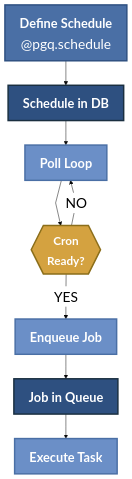
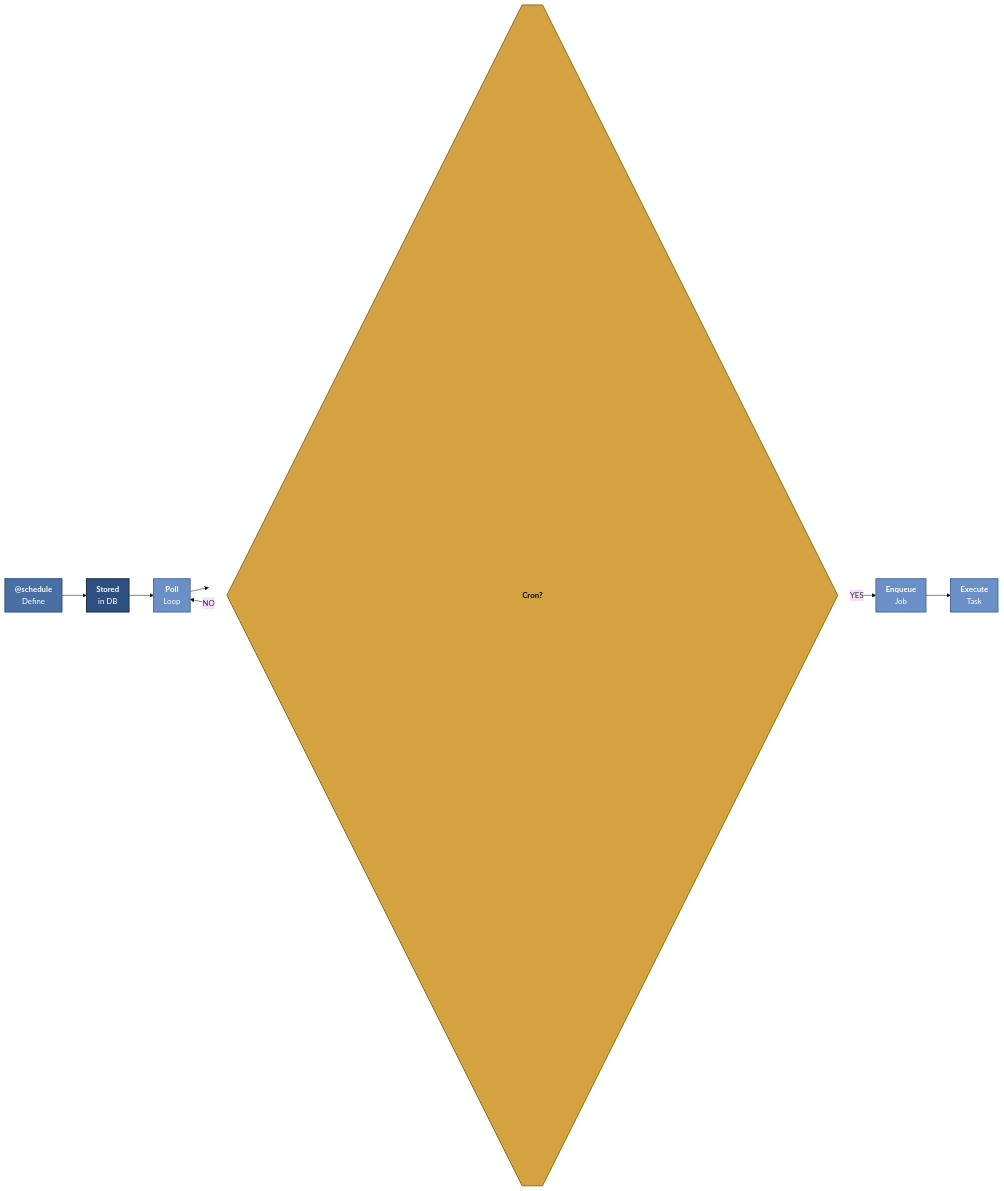
Before and after one commit to janbjorge/pgqueuer: the diagram in docs/guides/scheduling.md, drawn with Mermaid. The commit also changed 2 other files, not shown here.

Commit message:
docs: compact diagrams to fit on screen
- Reduced font sizes from 28px to 16px
- Removed START/END nodes to save space
- Simplified node labels (removed multi-line descriptions)
- Made all diagrams fit horizontally on standard screens
- Reduced stroke widths from 3px to 2px
- Maintained color palette and visual hierarchy
- Added icons to status states for quick visual scanning

````diff
--- a/docs/guides/scheduling.md
+++ b/docs/guides/scheduling.md
@@ -25,29 +25,27 @@
 ```mermaid
-%%{init: {'flowchart': {'htmlLabels': true, 'curve': 'linear'}, 'theme': 'base', 'themeVariables': {'primaryColor':'#fff', 'primaryTextColor':'#000', 'primaryBorderColor':'#000', 'fontSize': '28px', 'fontFamily': 'Inter, sans-serif'}}}%%
-flowchart TD
-    A["<b style='font-size:26px'>Define Schedule</b><br/>@pgq.schedule"]
-    B["<b style='font-size:26px'>Schedule in DB</b>"]
-    C["<b style='font-size:26px'>Poll Loop</b>"]
-    D{{"<b style='font-size:24px'>Cron<br/>Ready?</b>"}}
-    E["<b style='font-size:26px'>Enqueue Job</b>"]
-    F["<b style='font-size:26px'>Job in Queue</b>"]
-    G["<b style='font-size:26px'>Execute Task</b>"]
+%%{init: {'flowchart': {'htmlLabels': true, 'curve': 'linear', 'padding': '10'}, 'theme': 'base', 'themeVariables': {'fontSize': '16px', 'fontFamily': 'Inter, sans-serif'}}}%%
+flowchart LR
+    Define["<b>@schedule</b><br/>Define"]
+    Store["<b>Stored</b><br/>in DB"]
+    Poll["<b>Poll</b><br/>Loop"]
+    Check{{"<b>Cron?</b>"}}
+    Enqueue["<b>Enqueue</b><br/>Job"]
+    Execute["<b>Execute</b><br/>Task"]
 
-    A --> B
-    B --> C
-    C --> D
-    D -->|"YES"| E
-    E --> F
-    F --> G
-    D -->|"NO"| C
+    Define --> Store
+    Store --> Poll
+    Poll --> Check
+    Check -->|YES| Enqueue
+    Enqueue --> Execute
+    Check -->|NO| Poll
 
-    classDef code fill:#4A6FA5,stroke:#2E5080,stroke-width:3px,color:#fff
-    classDef database fill:#2E5080,stroke:#1a2f40,stroke-width:3px,color:#fff
-    classDef process fill:#6B8FC7,stroke:#4A6FA5,stroke-width:3px,color:#fff
-    classDef decision fill:#D4A240,stroke:#8b6e1a,stroke-width:3px,color:#fff
+    classDef code fill:#4A6FA5,stroke:#2E5080,stroke-width:2px,color:#fff
+    classDef database fill:#2E5080,stroke:#1a2f40,stroke-width:2px,color:#fff
+    classDef process fill:#6B8FC7,stroke:#4A6FA5,stroke-width:2px,color:#fff
+    classDef decision fill:#D4A240,stroke:#8b6e1a,stroke-width:2px,color:#000
 
-    class A code
-    class B,F database
-    class C,E,G process
-    class D decision
+    class Define code
+    class Store database
+    class Poll,Enqueue,Execute process
+    class Check decision
 ```
````
